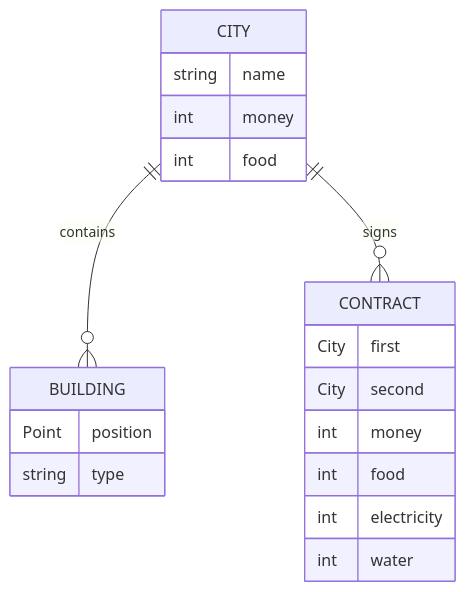
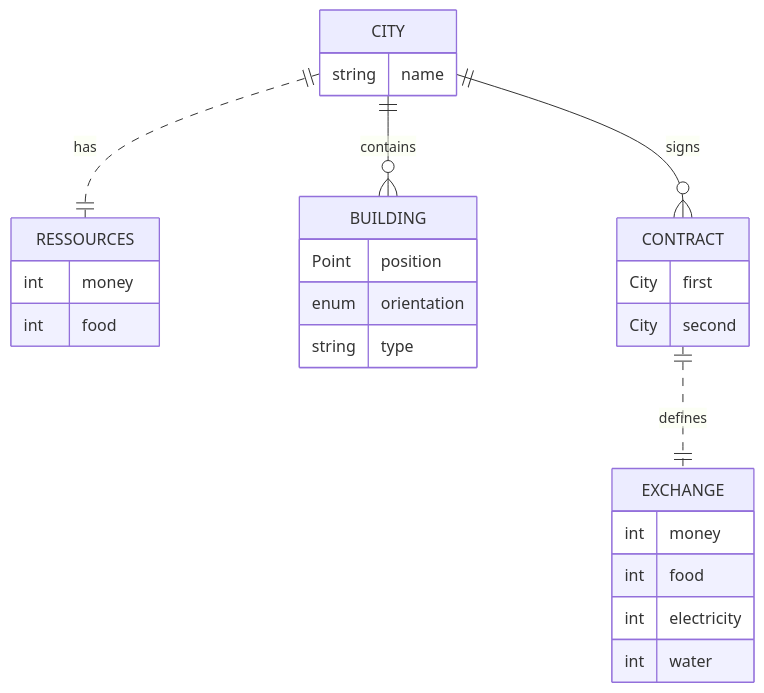
The diagram in Models.md (H2WO4/citybuilder), drawn with Mermaid before and after one commit. The commit also changed 11 other files, not shown here.

````diff
--- a/Models.md
+++ b/Models.md
@@ -1,31 +1,35 @@
 ```mermaid
----
-Models
----
-
 erDiagram
   CITY {
     string name
+  }
 
+  RESSOURCES {
     int money
     int food
   }
 
   BUILDING {
     Point position
+    enum orientation
     string type
   }
 
   CONTRACT {
     City first
     City second
-    
+  }
+
+  EXCHANGE {
     int money
     int food
     int electricity
     int water
   }
 
+  CITY ||..|| RESSOURCES : has
   CITY ||--o{ BUILDING : contains
   CITY ||--o{ CONTRACT : signs
+
+  CONTRACT ||..|| EXCHANGE : defines
 ```
````
